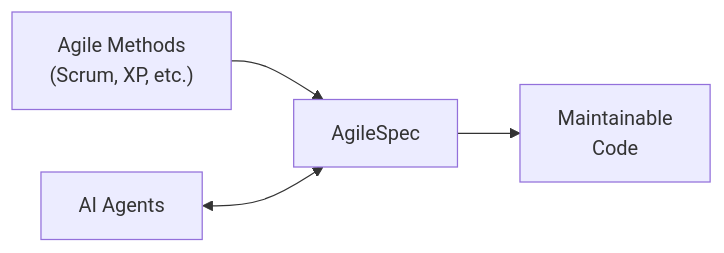
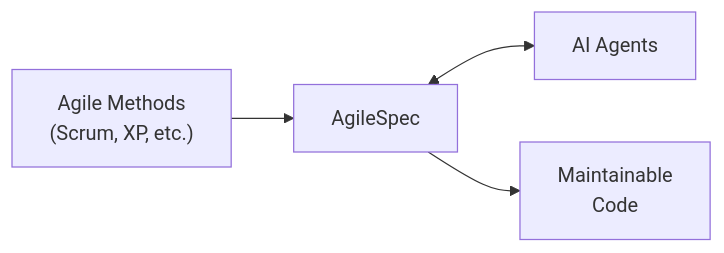
One commit to mtov/AgileSpec changed the first of 9 diagrams in README.md. Above: the diagram before and after it, drawn with Mermaid. The commit also changed other lines of this file and 1 other file, not shown here.

````diff
--- a/README.md
+++ b/README.md
@@ -45,6 +45,6 @@
 ```mermaid
 flowchart LR
     A["Agile Methods<br/>(Scrum, XP, etc.)"] --> B["AgileSpec"]
-    B --> C["Maintainable<br/>Code"]
-    D["AI Agents"] <--> B
+    B <--> C["AI Agents"]
+    B --> D["Maintainable<br/>Code"]
 ```
````
